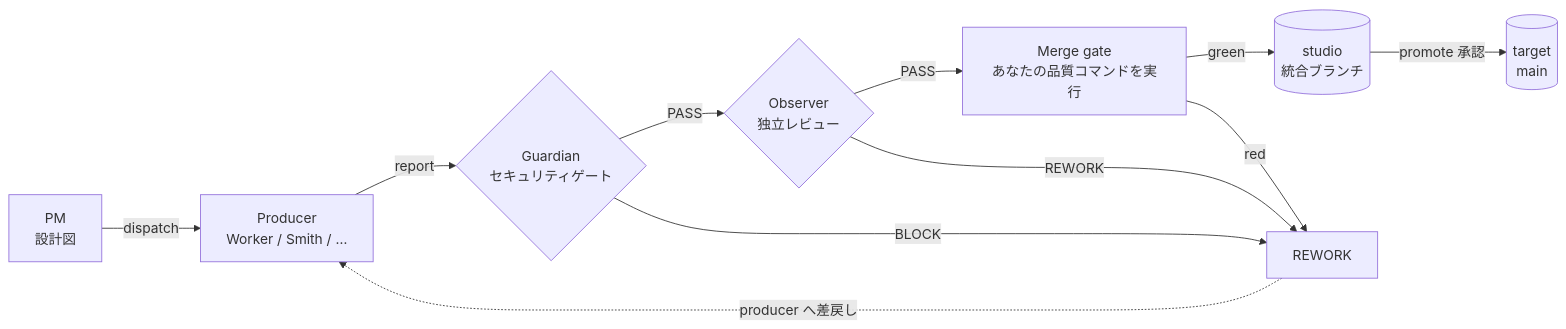
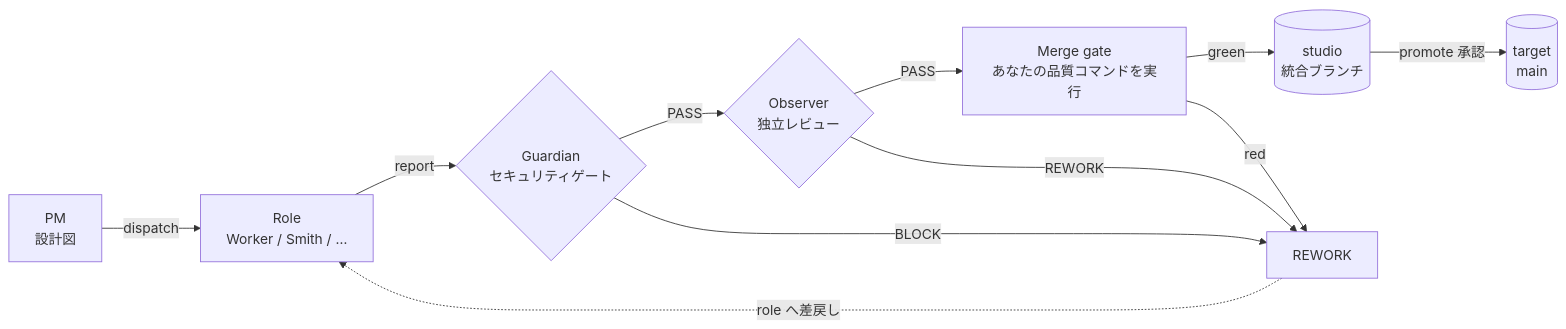
The diagram in README.ja.md (aby-studio-works/garelier), drawn with Mermaid before and after one commit. The commit also changed other lines of this file and 666 other files, not shown here.

````diff
--- a/README.ja.md
+++ b/README.ja.md
@@ -26,13 +26,13 @@
 ```mermaid
 flowchart LR
-    PM["PM<br/>設計図"] -->|dispatch| P["Producer<br/>Worker / Smith / …"]
+    PM["PM<br/>設計図"] -->|dispatch| P["Role<br/>Worker / Smith / …"]
     P -->|report| G{"Guardian<br/>セキュリティゲート"}
     G -->|PASS| O{"Observer<br/>独立レビュー"}
     G -->|BLOCK| RW["REWORK"]
     O -->|PASS| MG["Merge gate<br/>あなたの品質コマンドを実行"]
     O -->|REWORK| RW
     MG -->|green| S[("studio<br/>統合ブランチ")]
     MG -->|red| RW
-    RW -.->|producer へ差戻し| P
+    RW -.->|role へ差戻し| P
     S -->|promote 承認| T[("target<br/>main")]
 ```
````
